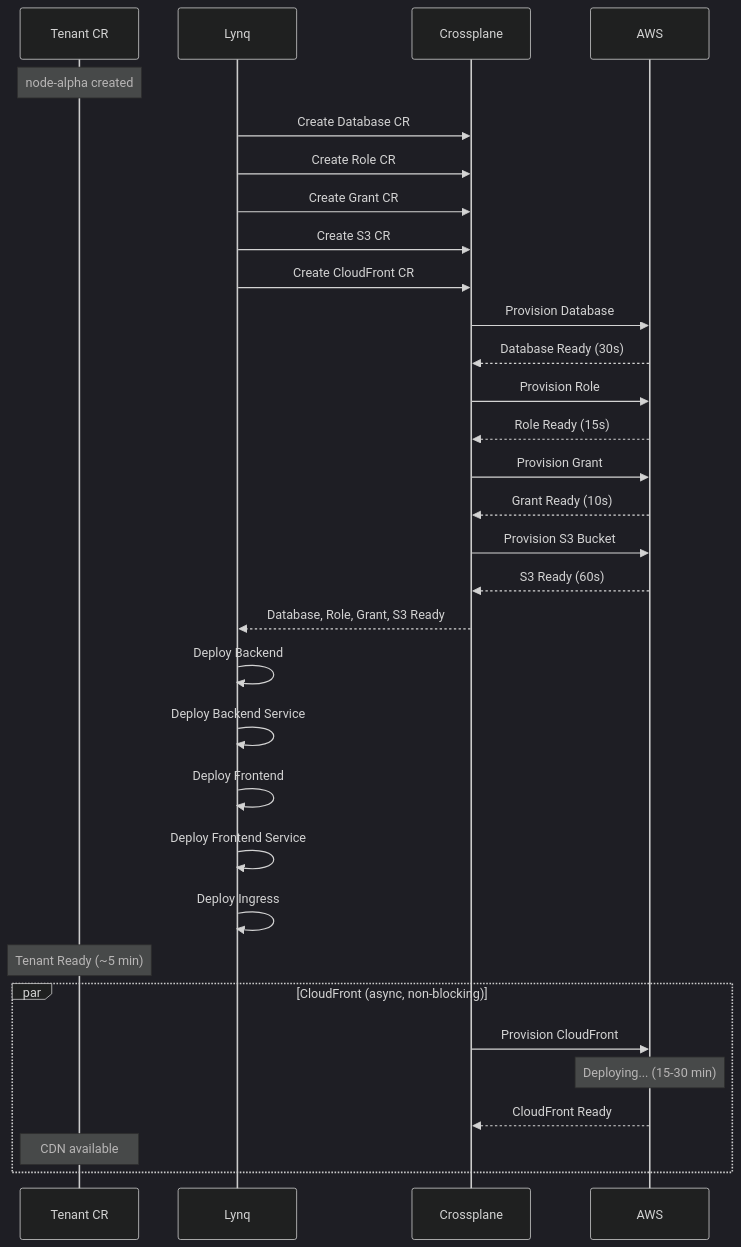
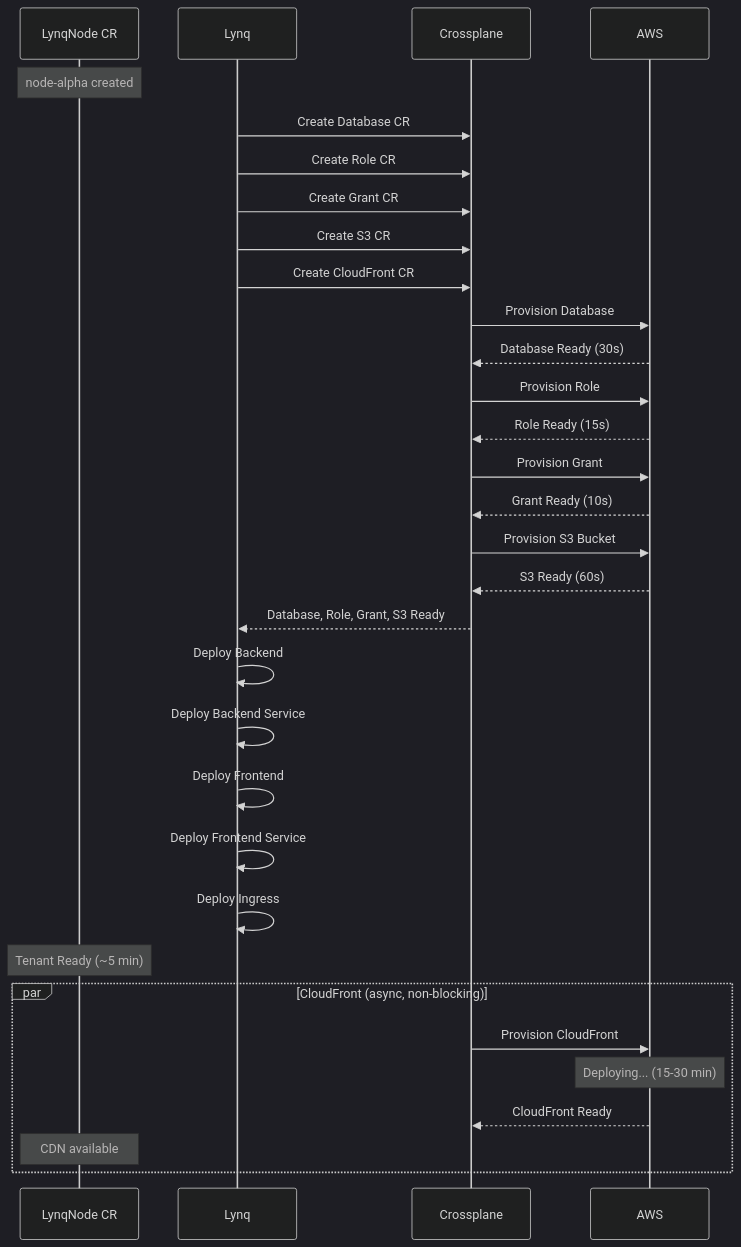
The second of 2 diagrams in docs/integration-crossplane.md (kubernetes-tenants/tenant-operator), drawn with Mermaid (dark theme) before and after one commit. The commit also changed other lines of this file and 20 other files, not shown here.

Commit message:
Update documentation to use LynqNode instead of Tenant

````diff
--- a/docs/integration-crossplane.md
+++ b/docs/integration-crossplane.md
@@ -52,40 +52,40 @@
 ```mermaid
 sequenceDiagram
-    participant T as Tenant CR
+    participant T as LynqNode CR
     participant TO as Lynq
     participant XP as Crossplane
     participant AWS as AWS
 
     Note over T: node-alpha created
 
     TO->>XP: Create Database CR
     TO->>XP: Create Role CR
     TO->>XP: Create Grant CR
     TO->>XP: Create S3 CR
     TO->>XP: Create CloudFront CR
 
     XP->>AWS: Provision Database
     AWS-->>XP: Database Ready (30s)
     XP->>AWS: Provision Role
     AWS-->>XP: Role Ready (15s)
     XP->>AWS: Provision Grant
     AWS-->>XP: Grant Ready (10s)
     XP->>AWS: Provision S3 Bucket
     AWS-->>XP: S3 Ready (60s)
 
     XP-->>TO: Database, Role, Grant, S3 Ready
     TO->>TO: Deploy Backend
     TO->>TO: Deploy Backend Service
     TO->>TO: Deploy Frontend
     TO->>TO: Deploy Frontend Service
     TO->>TO: Deploy Ingress
 
     Note over T: Tenant Ready (~5 min)
 
     par CloudFront (async, non-blocking)
         XP->>AWS: Provision CloudFront
         Note over AWS: Deploying... (15-30 min)
         AWS-->>XP: CloudFront Ready
         Note over T: CDN available
     end
 ```
````
